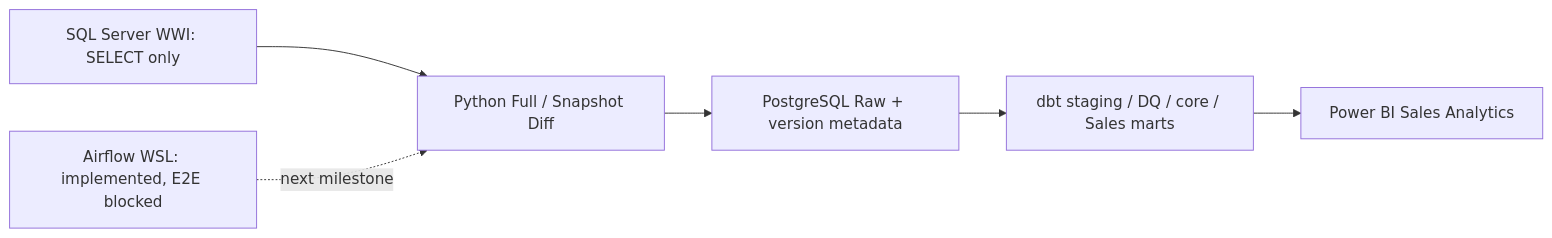
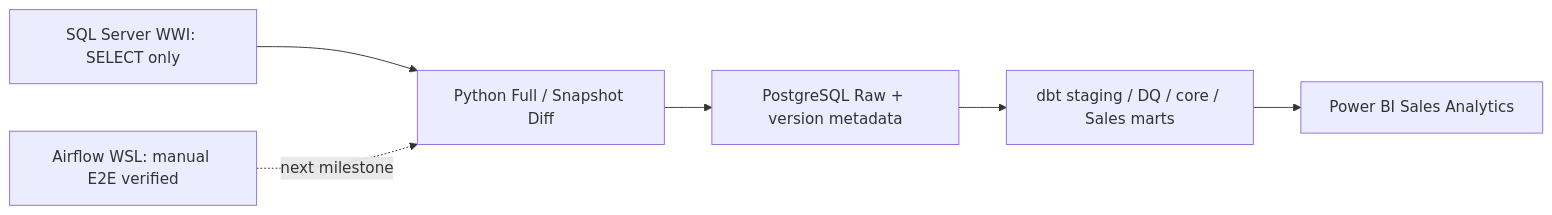
One commit to Tphuonggggg/retail-data-platform changed the diagram in README.md. Above: the diagram before and after it, drawn with Mermaid. The commit also changed other lines of this file and 3 other files, not shown here.

````diff
--- a/README.md
+++ b/README.md
@@ -5,8 +5,8 @@
 ```mermaid
 flowchart LR
   WWI[SQL Server WWI: SELECT only] --> PY[Python Full / Snapshot Diff]
   PY --> RAW[PostgreSQL Raw + version metadata]
   RAW --> DBT[dbt staging / DQ / core / Sales marts]
   DBT --> BI[Power BI Sales Analytics]
-  AF[Airflow WSL: implemented, E2E blocked] -. next milestone .-> PY
+  AF[Airflow WSL: manual E2E verified] -. next milestone .-> PY
 ```
````
